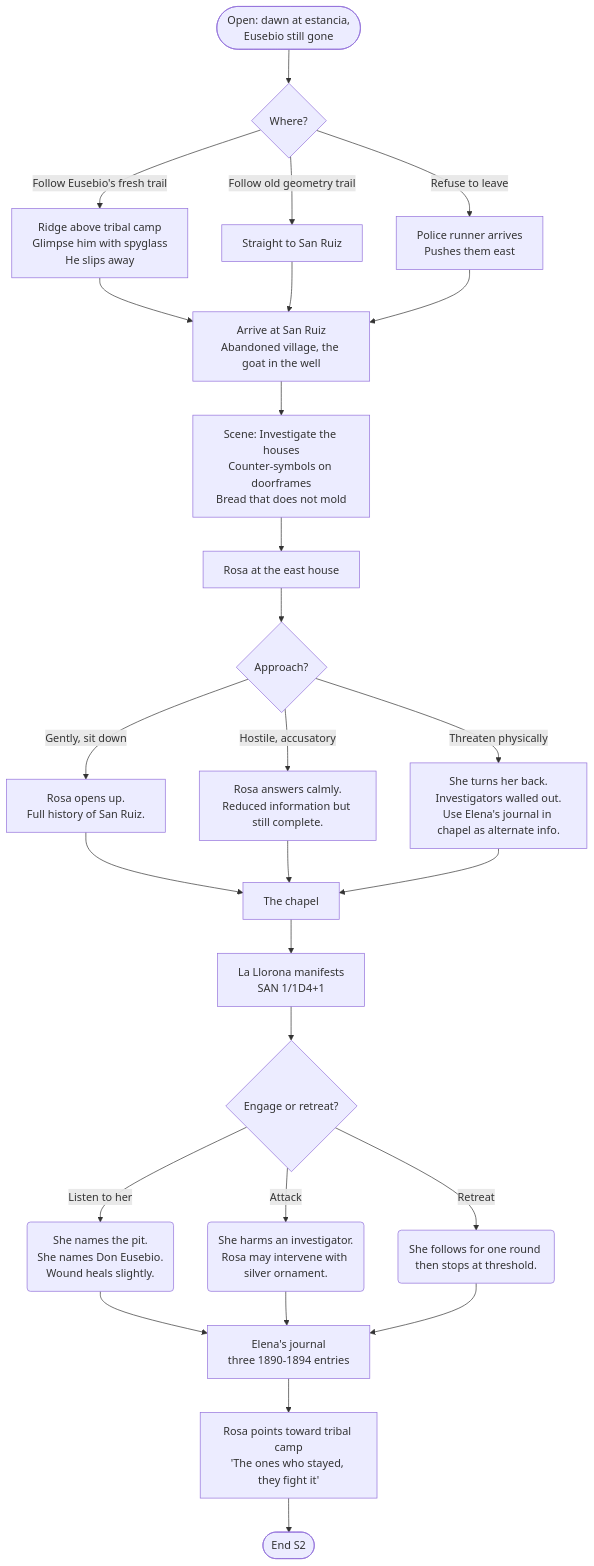
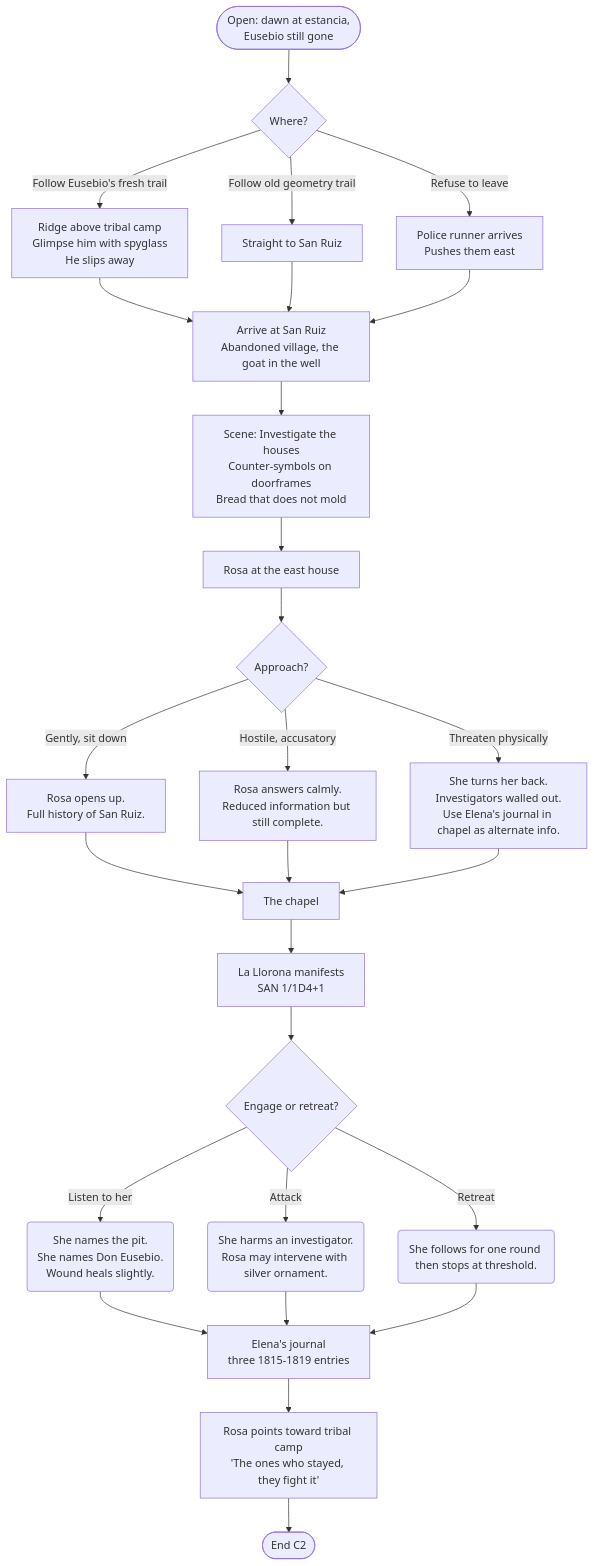
The fourth of 14 diagrams in REF-FlowMap.md (lucas-tortora/gauchulu), drawn with Mermaid before and after one commit. The commit also changed other lines of this file and 39 other files, not shown here.

````diff
--- a/REF-FlowMap.md
+++ b/REF-FlowMap.md
@@ -209,23 +209,23 @@
 ```mermaid
 flowchart TD
     O2([Open: dawn at estancia,<br/>Eusebio still gone]) --> A{Where?}
     A -->|Follow Eusebio's fresh trail| B1[Ridge above tribal camp<br/>Glimpse him with spyglass<br/>He slips away]
     A -->|Follow old geometry trail| B2[Straight to San Ruiz]
     A -->|Refuse to leave| B3[Police runner arrives<br/>Pushes them east]
     B1 & B2 & B3 --> C[Arrive at San Ruiz<br/>Abandoned village, the goat in the well]
     C --> D[Scene: Investigate the houses<br/>Counter-symbols on doorframes<br/>Bread that does not mold]
     D --> E[Rosa at the east house]
     E --> F{Approach?}
     F -->|Gently, sit down| G1[Rosa opens up.<br/>Full history of San Ruiz.]
     F -->|Hostile, accusatory| G2[Rosa answers calmly.<br/>Reduced information but still complete.]
     F -->|Threaten physically| G3[She turns her back.<br/>Investigators walled out.<br/>Use Elena's journal in chapel as alternate info.]
     G1 & G2 & G3 --> H[The chapel]
     H --> I[La Llorona manifests<br/>SAN 1/1D4+1]
     I --> J{Engage or retreat?}
     J -->|Listen to her| K1(She names the pit.<br/>She names Don Eusebio.<br/>Wound heals slightly.)
     J -->|Attack| K2(She harms an investigator.<br/>Rosa may intervene with silver ornament.)
     J -->|Retreat| K3(She follows for one round then stops at threshold.)
-    K1 & K2 & K3 --> L[Elena's journal<br/>three 1890-1894 entries]
+    K1 & K2 & K3 --> L[Elena's journal<br/>three 1815-1819 entries]
     L --> M[Rosa points toward tribal camp<br/>'The ones who stayed, they fight it']
-    M --> End2([End S2])
+    M --> End2([End C2])
 ```
````
